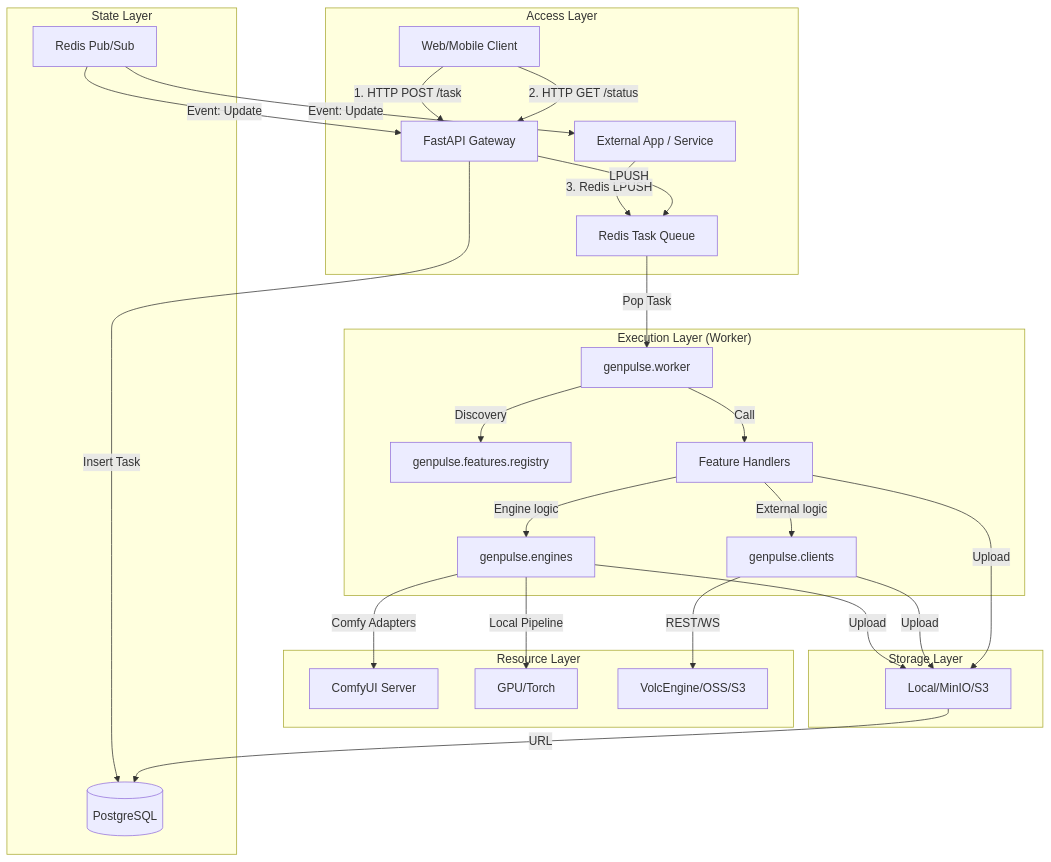
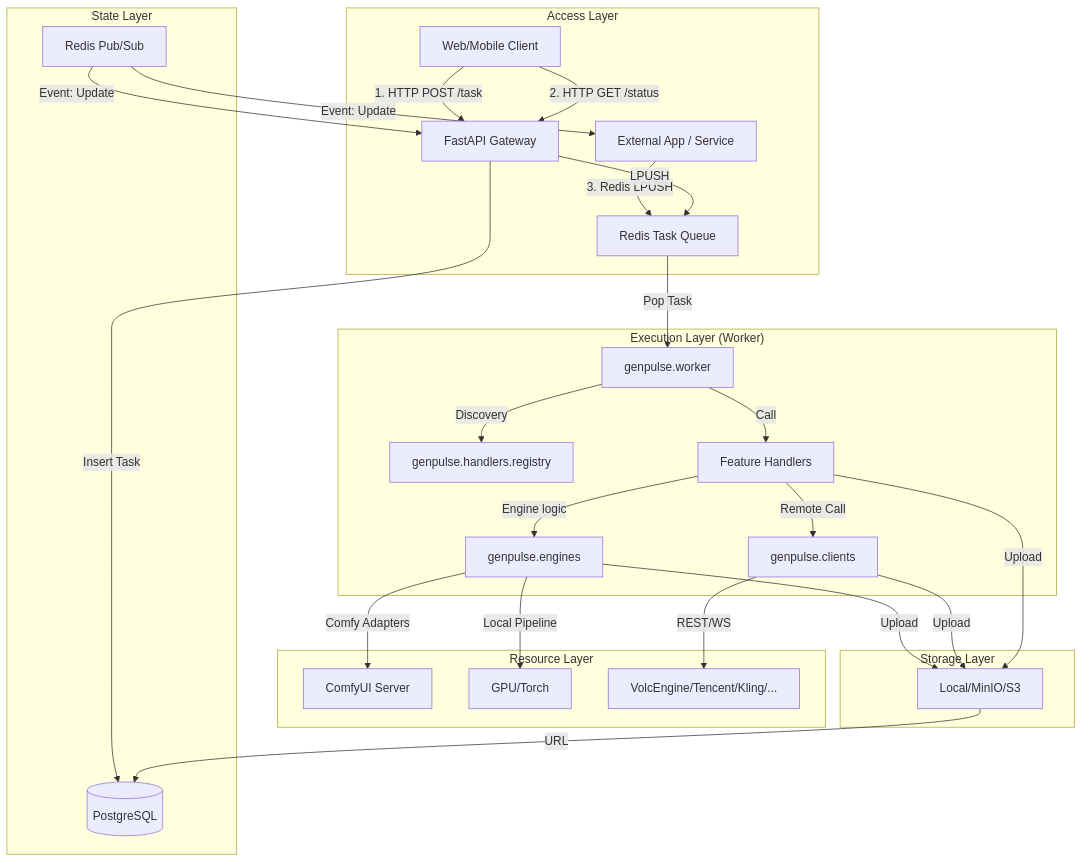
Before and after one commit to isWangjianhua/GenPulse: the diagram in docs/architecture_design.md, drawn with Mermaid. The commit also changed other lines of this file and 6 other files, not shown here.

````diff
--- a/docs/architecture_design.md
+++ b/docs/architecture_design.md
@@ -16,36 +16,36 @@
 ```mermaid
 graph TD
     subgraph "Access Layer"
         WebClient[Web/Mobile Client] -->|1. HTTP POST /task| API[FastAPI Gateway]
         WebClient -->|2. HTTP GET /status| API
         ExternalApp[External App / Service] -->|3. Redis LPUSH| RedisQueue[Redis Task Queue]
     end
 
     subgraph "State Layer"
         API -->|Insert Task| DB[(PostgreSQL)]
         API -->|LPUSH| RedisQueue
         
         RedisPubSub[Redis Pub/Sub] -->|Event: Update| API
         RedisPubSub -->|Event: Update| ExternalApp
     end
 
     subgraph "Execution Layer (Worker)"
         RedisQueue -->|Pop Task| Worker[genpulse.worker]
-        Worker -->|Discovery| Registry[genpulse.features.registry]
+        Worker -->|Discovery| Registry[genpulse.handlers.registry]
         Worker -->|Call| Handler[Feature Handlers]
         
         Handler -->|Engine logic| Engines[genpulse.engines]
-        Handler -->|External logic| Clients[genpulse.clients]
+        Handler -->|Remote Call| Clients[genpulse.clients]
     end
 
     subgraph "Resource Layer"
         Engines -->|Comfy Adapters| ComfyInstance[ComfyUI Server]
         Engines -->|Local Pipeline| GPUNode[GPU/Torch]
-        Clients -->|REST/WS| CloudProvider[VolcEngine/OSS/S3]
+        Clients -->|REST/WS| CloudProviders[VolcEngine/Tencent/Kling/...]
     end
 
     subgraph "Storage Layer"
         Engines & Clients & Handler -->|Upload| OSS[Local/MinIO/S3]
         OSS -->|URL| DB
     end
 ```
````
